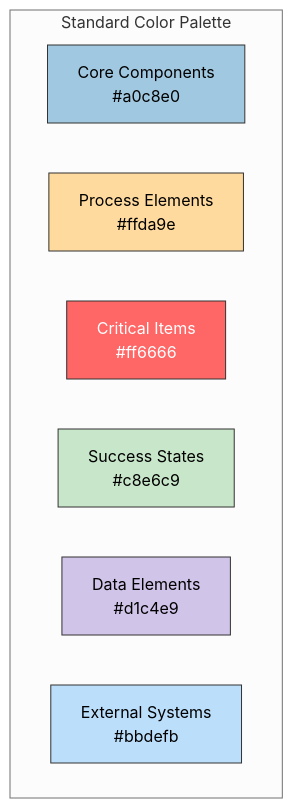
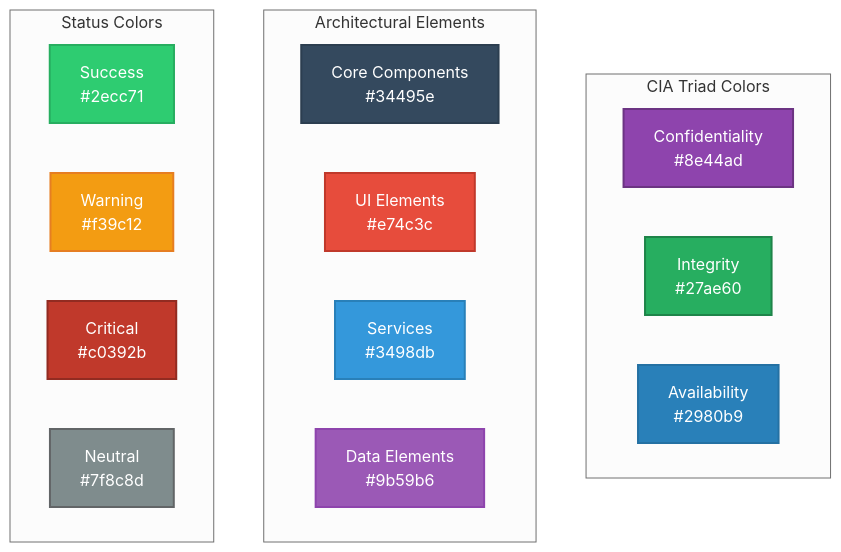
One commit to Hack23/cia-compliance-manager changed the first of 6 diagrams in docs/architecture/STYLE_GUIDE.md. Above: the diagram before and after it, drawn with Mermaid (neutral theme). The commit also changed other lines of this file and 1 other file, not shown here.

Commit message:
feat(docs): enhance contribution and style guidelines with updated color palettes and diagram styles

````diff
--- a/docs/architecture/STYLE_GUIDE.md
+++ b/docs/architecture/STYLE_GUIDE.md
@@ -55,18 +65,36 @@
 ```mermaid
 graph TD
-    subgraph "Standard Color Palette"
-        A1[Core Components<br>#a0c8e0]
-        A2[Process Elements<br>#ffda9e]
-        A3[Critical Items<br>#ff6666]
-        A4[Success States<br>#c8e6c9]
-        A5[Data Elements<br>#d1c4e9]
-        A6[External Systems<br>#bbdefb]
+    subgraph "CIA Triad Colors"
+        C1[Confidentiality<br>#8e44ad]
+        I1[Integrity<br>#27ae60]
+        A1[Availability<br>#2980b9]
     end
     
-    style A1 fill:#a0c8e0,stroke:#333,stroke-width:1px,color:black
-    style A2 fill:#ffda9e,stroke:#333,stroke-width:1px,color:black
-    style A3 fill:#ff6666,stroke:#333,stroke-width:1px,color:white
-    style A4 fill:#c8e6c9,stroke:#333,stroke-width:1px,color:black
-    style A5 fill:#d1c4e9,stroke:#333,stroke-width:1px,color:black
-    style A6 fill:#bbdefb,stroke:#333,stroke-width:1px,color:black
+    subgraph "Architectural Elements"
+        A2[Core Components<br>#34495e]
+        A3[UI Elements<br>#e74c3c]
+        A4[Services<br>#3498db]
+        A5[Data Elements<br>#9b59b6]
+    end
+    
+    subgraph "Status Colors"
+        S1[Success<br>#2ecc71]
+        S2[Warning<br>#f39c12]
+        S3[Critical<br>#c0392b]
+        S4[Neutral<br>#7f8c8d]
+    end
+    
+    style C1 fill:#8e44ad,stroke:#6c3483,stroke-width:2px,color:white
+    style I1 fill:#27ae60,stroke:#1e8449,stroke-width:2px,color:white
+    style A1 fill:#2980b9,stroke:#2471a3,stroke-width:2px,color:white
+    
+    style A2 fill:#34495e,stroke:#2c3e50,stroke-width:2px,color:white
+    style A3 fill:#e74c3c,stroke:#c0392b,stroke-width:2px,color:white
+    style A4 fill:#3498db,stroke:#2980b9,stroke-width:2px,color:white
+    style A5 fill:#9b59b6,stroke:#8e44ad,stroke-width:2px,color:white
+    
+    style S1 fill:#2ecc71,stroke:#27ae60,stroke-width:2px,color:white
+    style S2 fill:#f39c12,stroke:#e67e22,stroke-width:2px,color:white
+    style S3 fill:#c0392b,stroke:#922b21,stroke-width:2px,color:white
+    style S4 fill:#7f8c8d,stroke:#626567,stroke-width:2px,color:white
 ```
````
